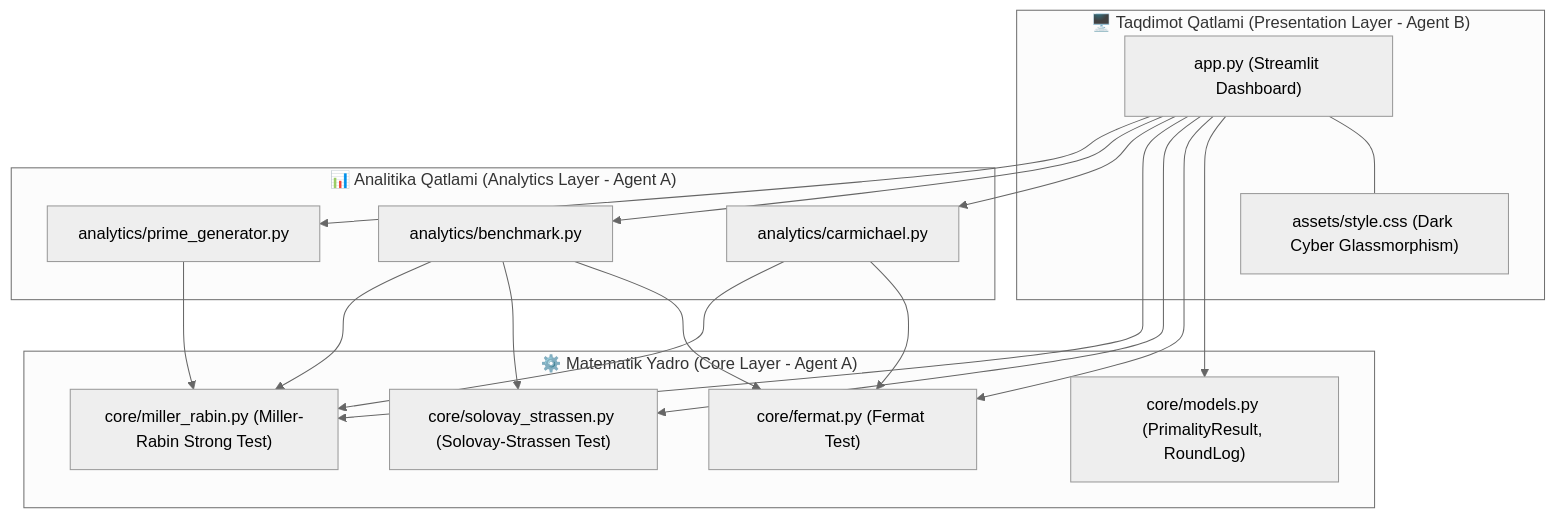
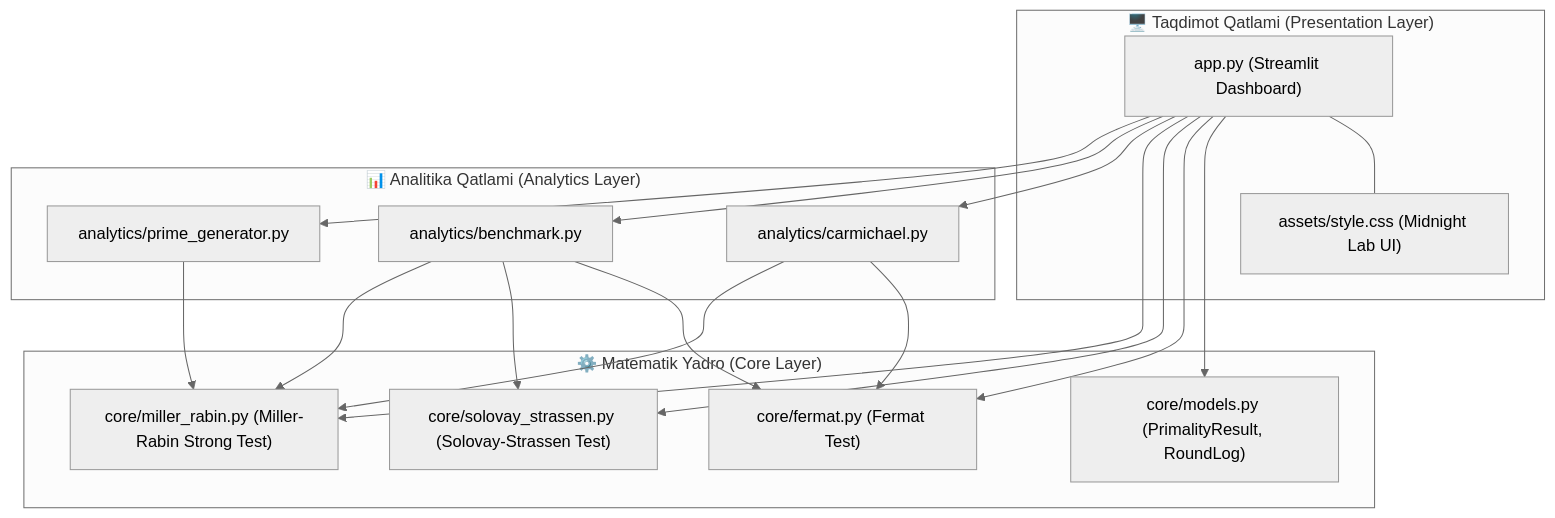
The diagram in README.md (abdulazizganiyev255-ship-it/kriptografiya-matematik-usulari), drawn with Mermaid (neutral theme) before and after one commit. The commit also changed other lines of this file, not shown here.

````diff
--- a/README.md
+++ b/README.md
@@ -52,36 +52,36 @@
 ```mermaid
 flowchart TD
-    subgraph UI ["🖥️ Taqdimot Qatlami (Presentation Layer - Agent B)"]
+    subgraph UI ["🖥️ Taqdimot Qatlami (Presentation Layer)"]
         APP["app.py (Streamlit Dashboard)"]
-        CSS["assets/style.css (Dark Cyber Glassmorphism)"]
+        CSS["assets/style.css (Midnight Lab UI)"]
         APP --- CSS
     end
 
-    subgraph Analytics ["📊 Analitika Qatlami (Analytics Layer - Agent A)"]
+    subgraph Analytics ["📊 Analitika Qatlami (Analytics Layer)"]
         CARM["analytics/carmichael.py"]
         BENCH["analytics/benchmark.py"]
         PRIMEGEN["analytics/prime_generator.py"]
     end
 
-    subgraph Core ["⚙️ Matematik Yadro (Core Layer - Agent A)"]
+    subgraph Core ["⚙️ Matematik Yadro (Core Layer)"]
         MODELS["core/models.py (PrimalityResult, RoundLog)"]
         FERMAT["core/fermat.py (Fermat Test)"]
         SS["core/solovay_strassen.py (Solovay-Strassen Test)"]
         MR["core/miller_rabin.py (Miller-Rabin Strong Test)"]
     end
 
     APP --> MODELS
     APP --> FERMAT
     APP --> SS
     APP --> MR
     APP --> CARM
     APP --> BENCH
     APP --> PRIMEGEN
     
     CARM --> FERMAT
     CARM --> MR
     PRIMEGEN --> MR
     BENCH --> FERMAT
     BENCH --> SS
     BENCH --> MR
 ```
````
